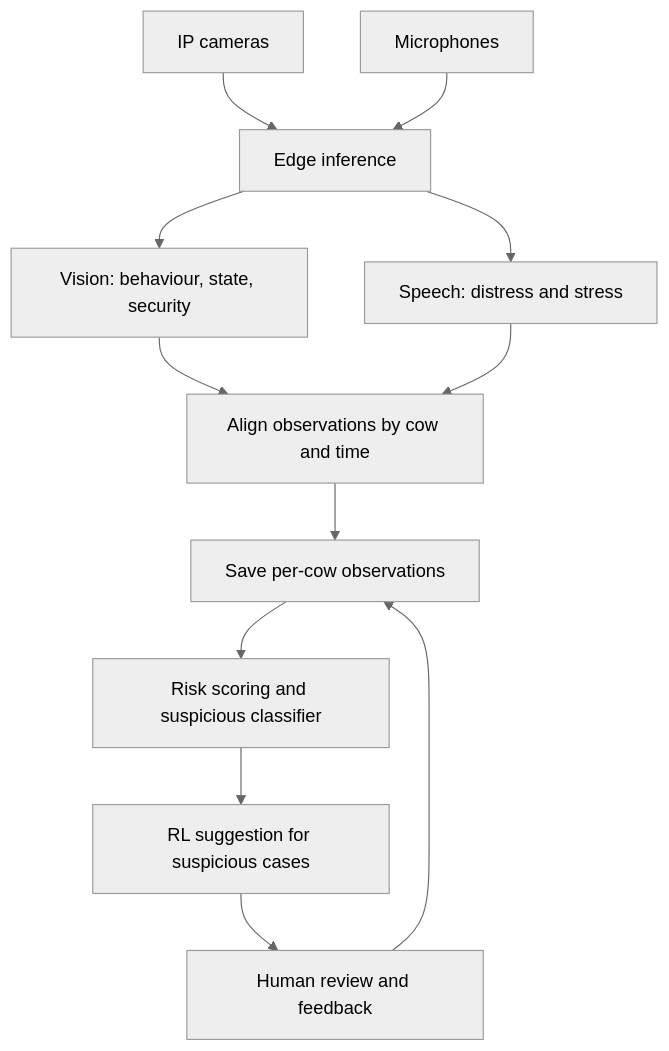
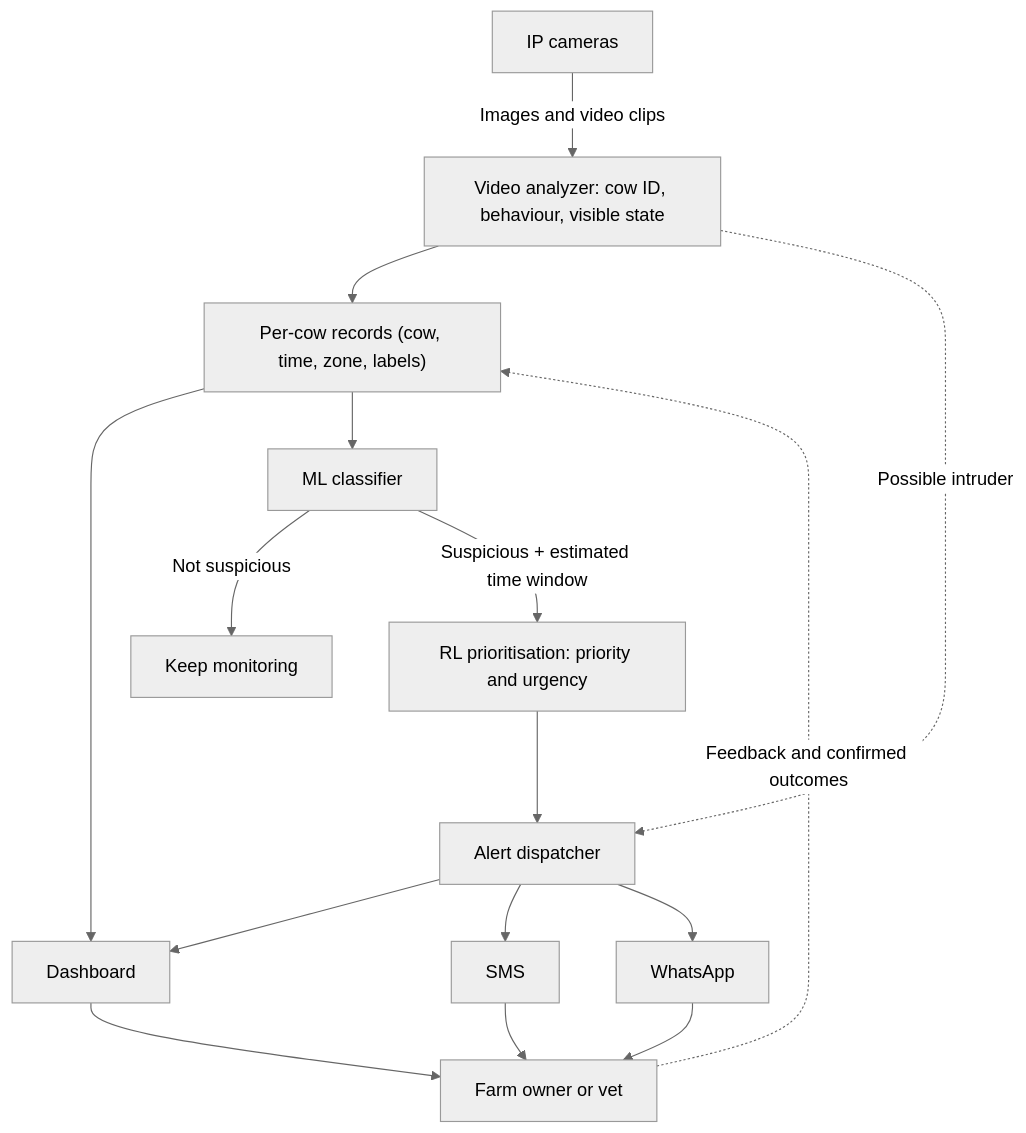
The diagram in README.md (alimohab/FarmPulse-AI), drawn with Mermaid (neutral theme) before and after one commit. The commit also changed other lines of this file, not shown here.

````diff
--- a/README.md
+++ b/README.md
@@ -41,14 +39,18 @@
 ```mermaid
 flowchart TD
-    A["IP cameras"] --> E["Edge inference"]
-    B["Microphones"] --> E
-    E --> V["Vision: behaviour, state, security"]
-    E --> S["Speech: distress and stress"]
-    V --> F["Align observations by cow and time"]
-    S --> F
-    F --> D["Save per-cow observations"]
-    D --> P["Risk scoring and suspicious classifier"]
-    P --> R["RL suggestion for suspicious cases"]
-    R --> H["Human review and feedback"]
-    H --> D
+    A["IP cameras"] -->|"Images and video clips"| B["Video analyzer: cow ID, behaviour, visible state"]
+    B --> C["Per-cow records (cow, time, zone, labels)"]
+    B -.->|"Possible intruder"| AL
+    C --> D["Dashboard"]
+    C --> M["ML classifier"]
+    M -->|"Not suspicious"| N["Keep monitoring"]
+    M -->|"Suspicious + estimated time window"| R["RL prioritisation: priority and urgency"]
+    R --> AL["Alert dispatcher"]
+    AL --> D
+    AL --> SMS["SMS"]
+    AL --> WA["WhatsApp"]
+    D --> O["Farm owner or vet"]
+    SMS --> O
+    WA --> O
+    O -.->|"Feedback and confirmed outcomes"| C
 ```
````
